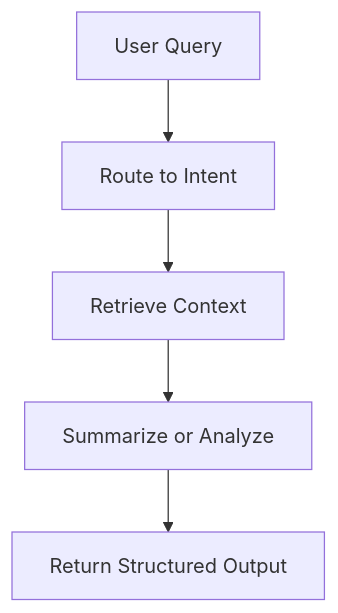
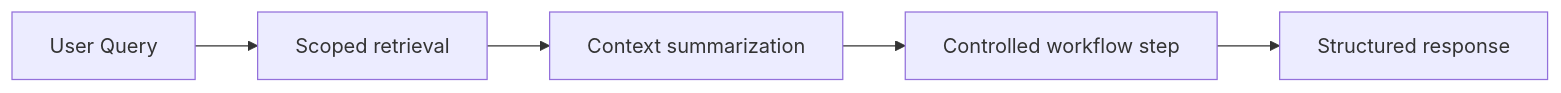
Diagram 19 of 19 in backend/backend.md (Dipurajasaha/DocTalk), drawn with Mermaid before and after one commit. The commit also changed other lines of this file and 17 other files, not shown here.

Commit message:
refactor(stage-9): migrate AI stack to fully local Ollama-based healthcare RAG architecture

````diff
--- a/backend/backend.md
+++ b/backend/backend.md
@@ -485,7 +870,7 @@
 ```mermaid
-flowchart TD
-    A[User Query] --> B[Route to Intent]
-    B --> C[Retrieve Context]
-    C --> D[Summarize or Analyze]
-    D --> E[Return Structured Output]
+flowchart LR
+    Query[User Query] --> Retrieve[Scoped retrieval]
+    Retrieve --> Summarize[Context summarization]
+    Summarize --> Reason[Controlled workflow step]
+    Reason --> Response[Structured response]
 ```
````
